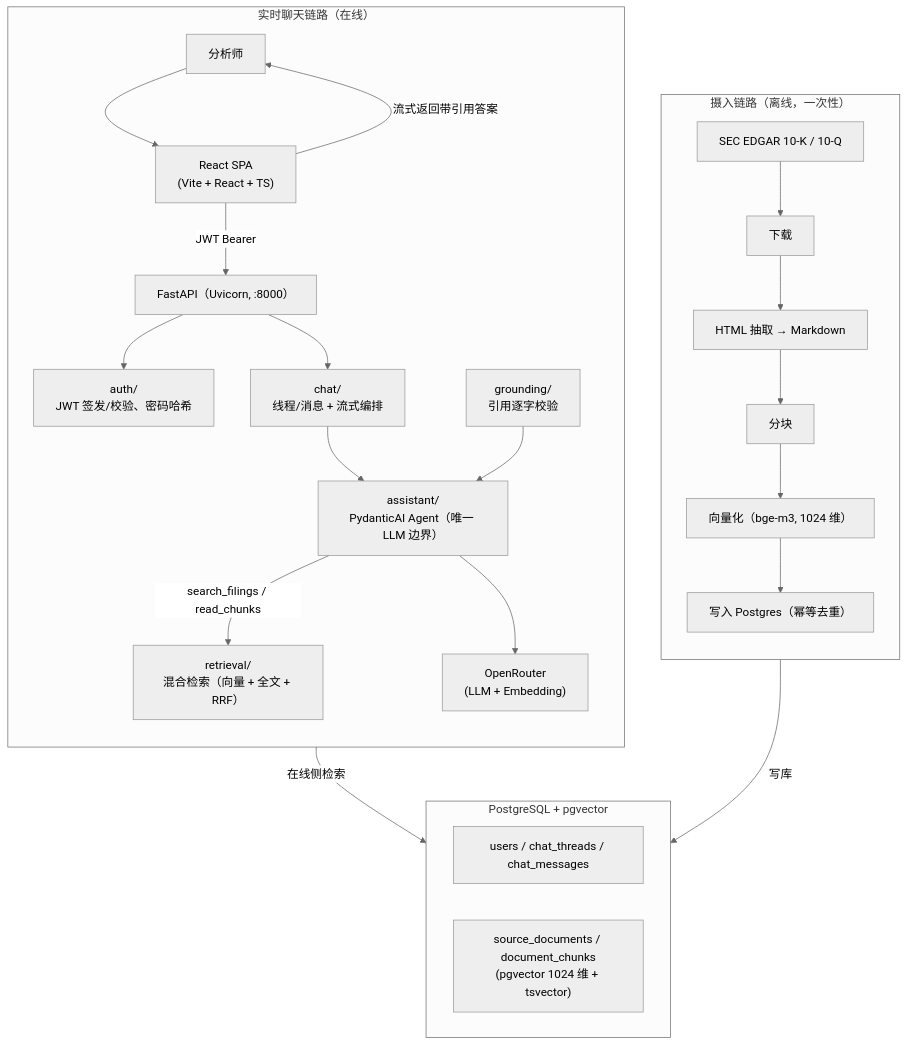
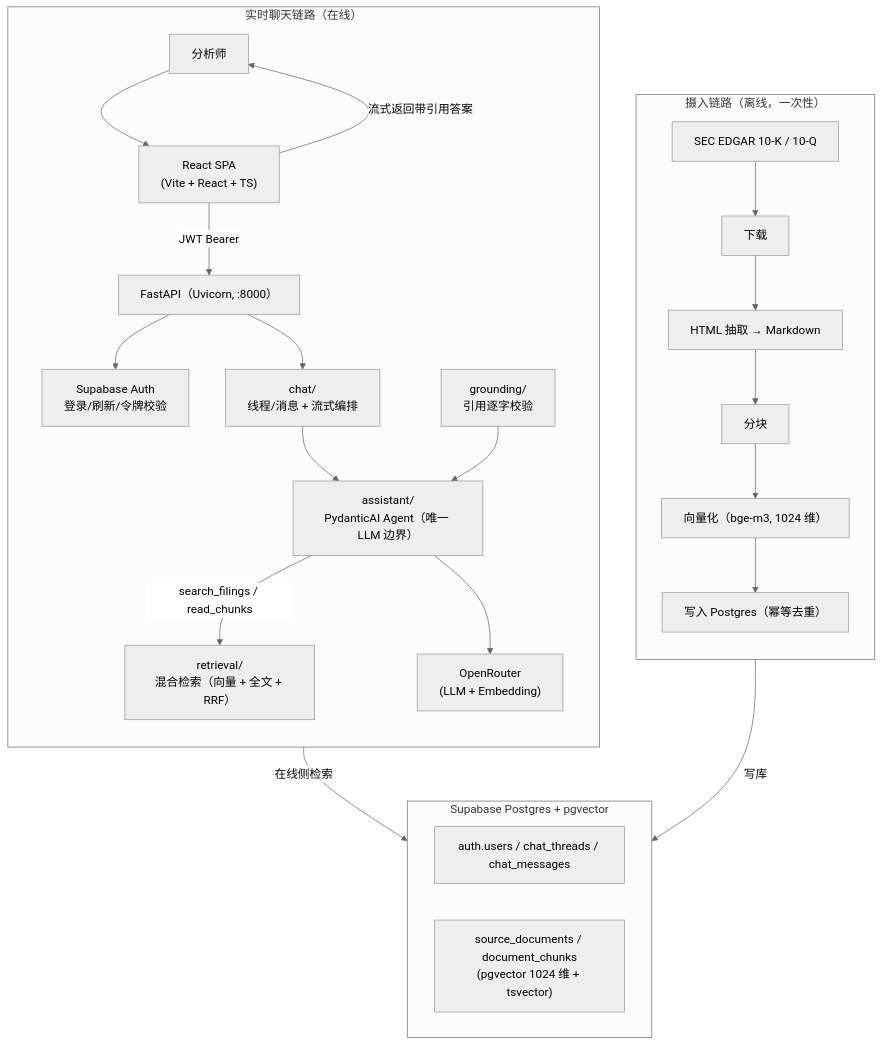
One commit to MLYoshi/document-copilot changed the diagram in README.md. Above: the diagram before and after it, drawn with Mermaid (neutral theme). The commit also changed other lines of this file and 71 other files, not shown here.

First line of the commit message:
refactor(backend): 迁移至 Supabase Auth 与托管 Postgres

````diff
--- a/README.md
+++ b/README.md
@@ -26,33 +26,33 @@
 ```mermaid
 flowchart TB
     subgraph ingest["摄入链路（离线，一次性）"]
         direction TB
         I1["SEC EDGAR 10-K / 10-Q"] --> I2["下载"]
         I2 --> I3["HTML 抽取 → Markdown"]
         I3 --> I4["分块"]
         I4 --> I5["向量化（bge-m3, 1024 维）"]
         I5 --> I6["写入 Postgres（幂等去重）"]
     end
 
-    subgraph db["PostgreSQL + pgvector"]
+    subgraph db["Supabase Postgres + pgvector"]
         direction LR
-        D1["users / chat_threads / chat_messages"]
+        D1["auth.users / chat_threads / chat_messages"]
         D2["source_documents / document_chunks<br/>(pgvector 1024 维 + tsvector)"]
     end
 
     subgraph online["实时聊天链路（在线）"]
         direction TB
         U["分析师"] --> FE["React SPA<br/>(Vite + React + TS)"]
         FE -- "JWT Bearer" --> API["FastAPI（Uvicorn, :8000）"]
-        API --> AUTH["auth/<br/>JWT 签发/校验、密码哈希"]
+        API --> AUTH["Supabase Auth<br/>登录/刷新/令牌校验"]
         API --> CHAT["chat/<br/>线程/消息 + 流式编排"]
         CHAT --> AGENT["assistant/<br/>PydanticAI Agent（唯一 LLM 边界）"]
         AGENT -- "search_filings / read_chunks" --> RETR["retrieval/<br/>混合检索（向量 + 全文 + RRF）"]
         GROUND["grounding/<br/>引用逐字校验"] --> AGENT
         AGENT --> OR["OpenRouter<br/>(LLM + Embedding)"]
     end
 
     I6 -- "写库" --> db
     RETR -- "在线侧检索" --> db
     FE -- "流式返回带引用答案" --> U
 ```
````
